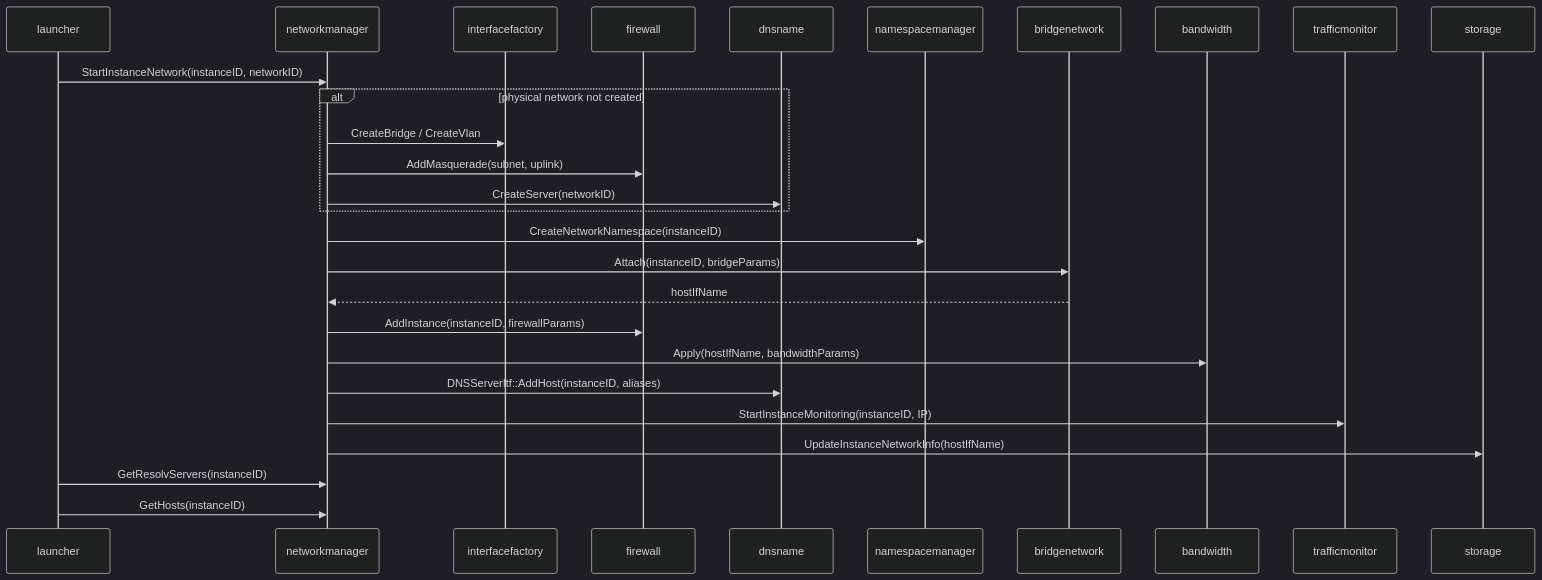
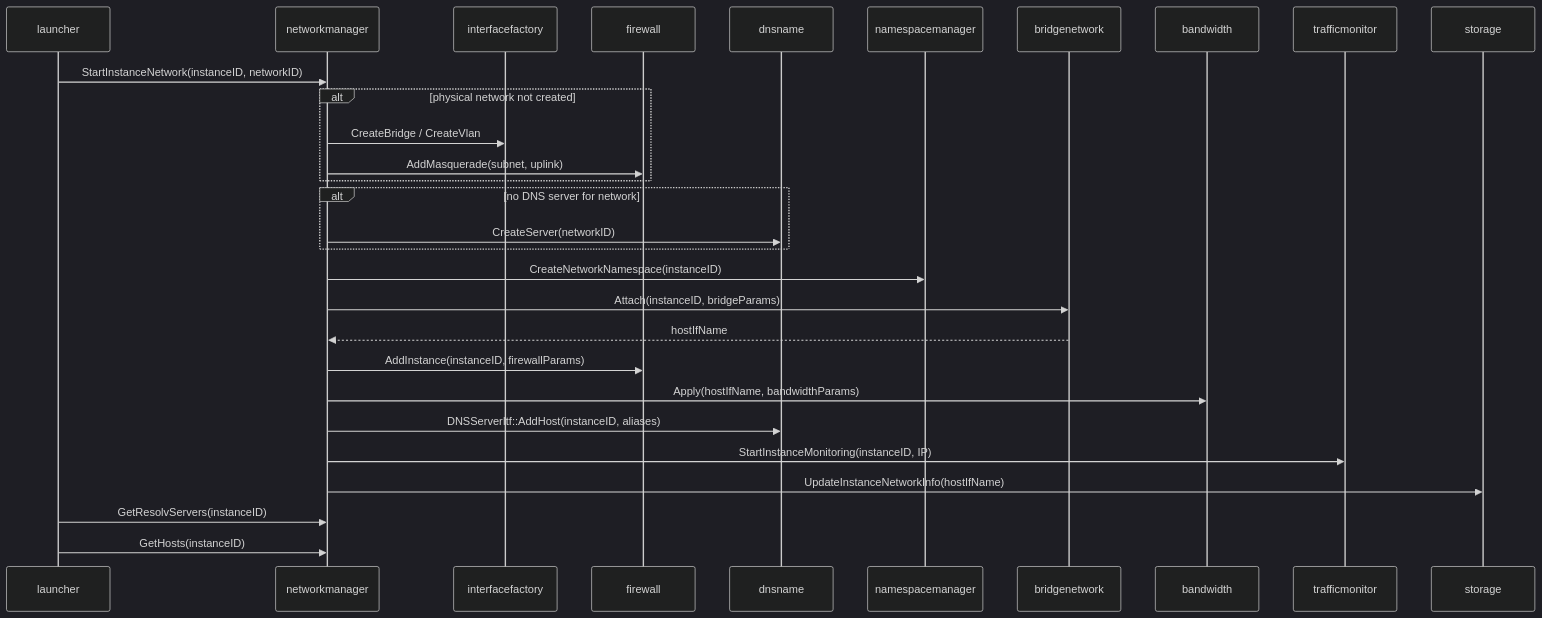
The fourth of 7 diagrams in src/core/sm/networkmanager/networkmanager.md (aosedge/aos_core_lib_cpp), drawn with Mermaid (dark theme) before and after one commit. The commit also changed other lines of this file and 1 other file, not shown here.

````diff
--- a/src/core/sm/networkmanager/networkmanager.md
+++ b/src/core/sm/networkmanager/networkmanager.md
@@ -287,33 +312,36 @@
 ```mermaid
 sequenceDiagram
     participant launcher
     participant networkmanager
     participant interfacefactory
     participant firewall
     participant dnsname
     participant namespacemanager
     participant bridgenetwork
     participant bandwidth
     participant trafficmonitor
     participant storage
 
     launcher ->> networkmanager: StartInstanceNetwork(instanceID, networkID)
 
     alt physical network not created
         networkmanager ->> interfacefactory: CreateBridge / CreateVlan
         networkmanager ->> firewall: AddMasquerade(subnet, uplink)
+    end
+
+    alt no DNS server for network
         networkmanager ->> dnsname: CreateServer(networkID)
     end
 
     networkmanager ->> namespacemanager: CreateNetworkNamespace(instanceID)
     networkmanager ->> bridgenetwork: Attach(instanceID, bridgeParams)
     bridgenetwork -->> networkmanager: hostIfName
     networkmanager ->> firewall: AddInstance(instanceID, firewallParams)
     networkmanager ->> bandwidth: Apply(hostIfName, bandwidthParams)
     networkmanager ->> dnsname: DNSServerItf::AddHost(instanceID, aliases)
     networkmanager ->> trafficmonitor: StartInstanceMonitoring(instanceID, IP)
     networkmanager ->> storage: UpdateInstanceNetworkInfo(hostIfName)
 
     launcher ->> networkmanager: GetResolvServers(instanceID)
     launcher ->> networkmanager: GetHosts(instanceID)
 ```
````
